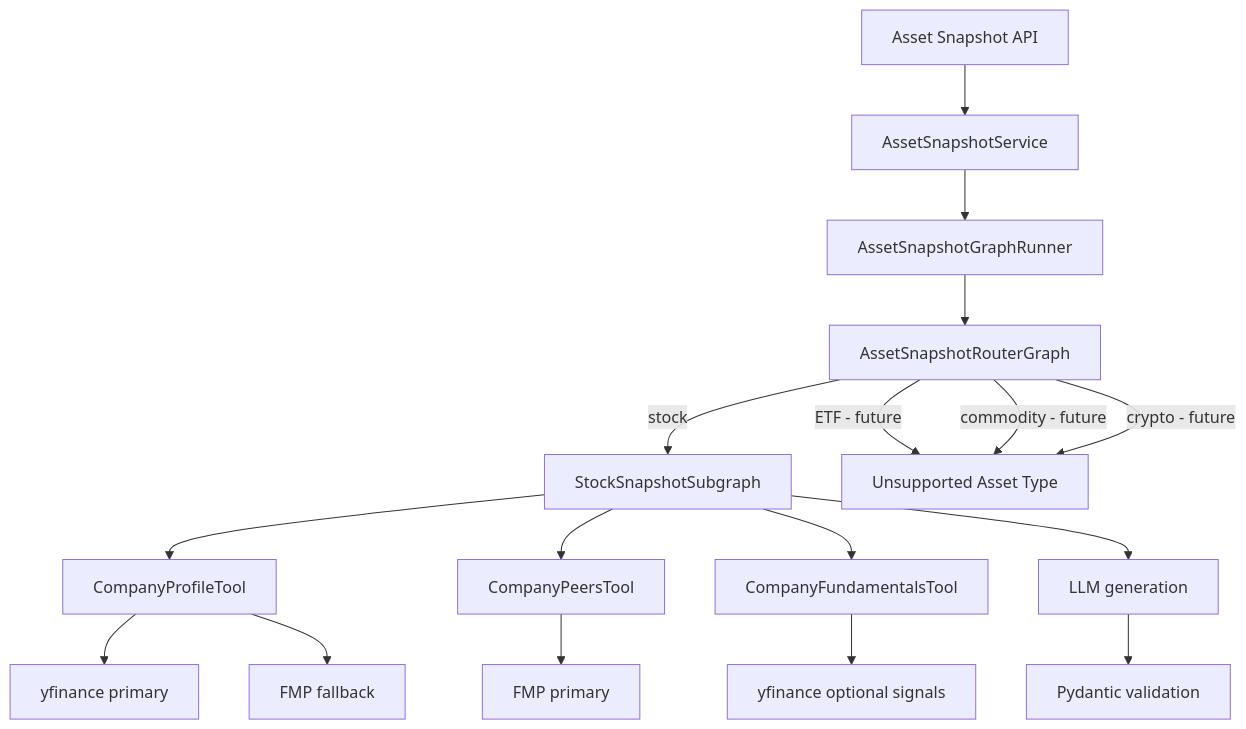
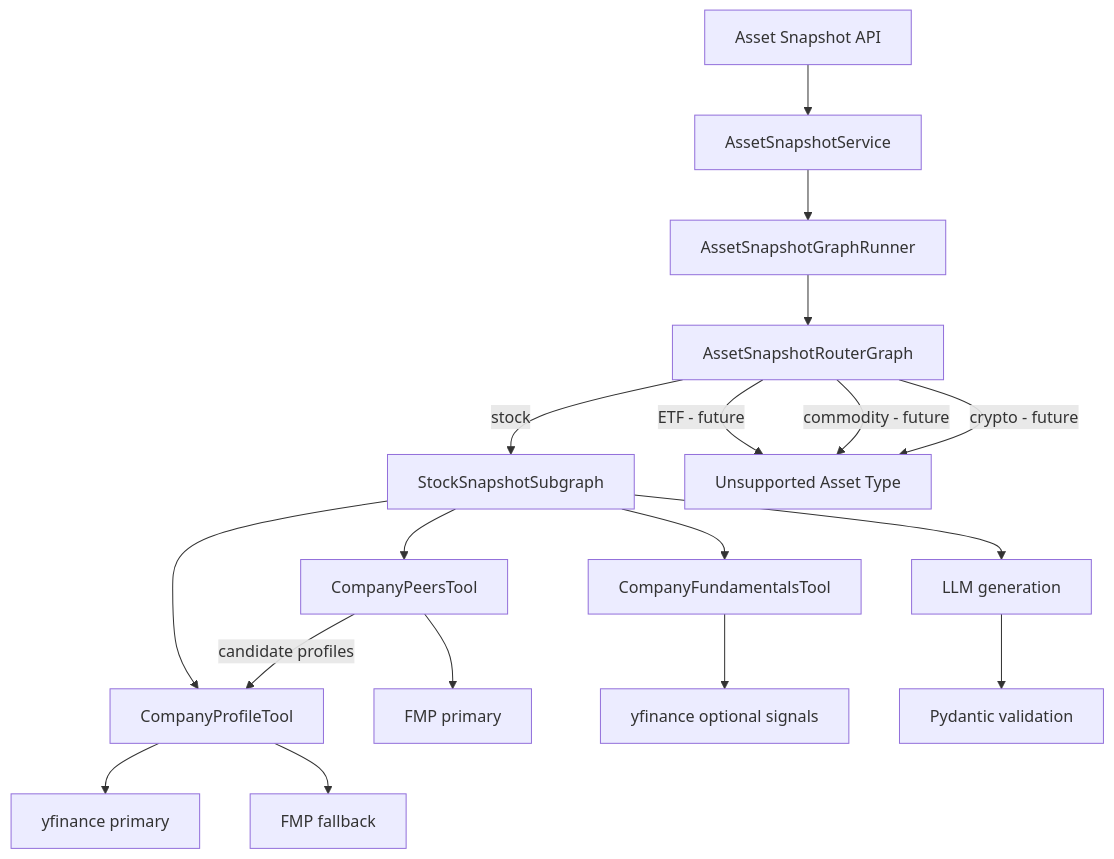
The first of 3 diagrams in docs/architecture.md (therealkingslayer2003/spider-ai), drawn with Mermaid before and after one commit. The commit also changed other lines of this file and 25 other files, not shown here.

````diff
--- a/docs/architecture.md
+++ b/docs/architecture.md
@@ -120,23 +120,24 @@
 ```mermaid
 flowchart TD
     API[Asset Snapshot API] --> Service[AssetSnapshotService]
     Service --> Runner[AssetSnapshotGraphRunner]
     Runner --> Router[AssetSnapshotRouterGraph]
 
     Router -->|stock| StockGraph[StockSnapshotSubgraph]
     Router -->|ETF - future| Unsupported[Unsupported Asset Type]
     Router -->|commodity - future| Unsupported
     Router -->|crypto - future| Unsupported
 
     StockGraph --> Profile[CompanyProfileTool]
     StockGraph --> Peers[CompanyPeersTool]
     StockGraph --> Fundamentals[CompanyFundamentalsTool]
 
     Profile --> YF[yfinance primary]
     Profile --> FMPProfile[FMP fallback]
     Peers --> FMPPeers[FMP primary]
+    Peers -->|candidate profiles| Profile
     Fundamentals --> YFSignals[yfinance optional signals]
 
     StockGraph --> LLM[LLM generation]
     LLM --> Validation[Pydantic validation]
 ```
````
